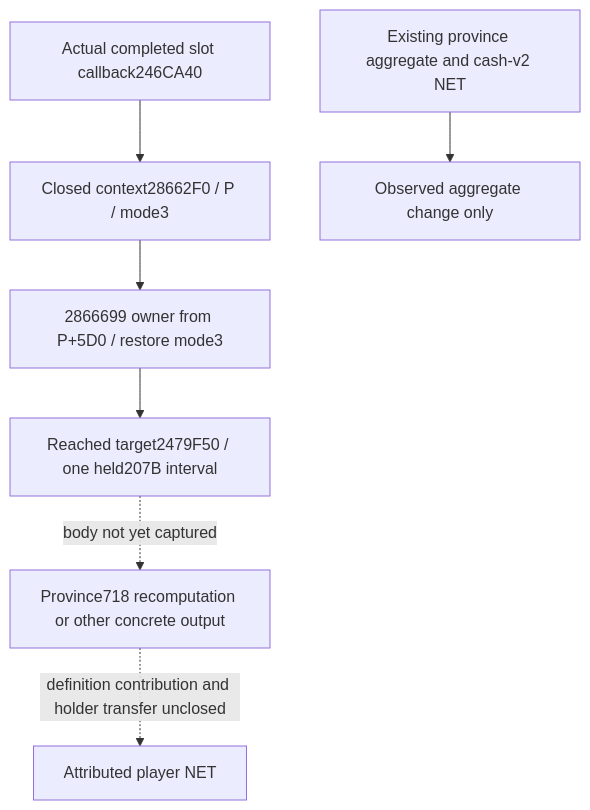
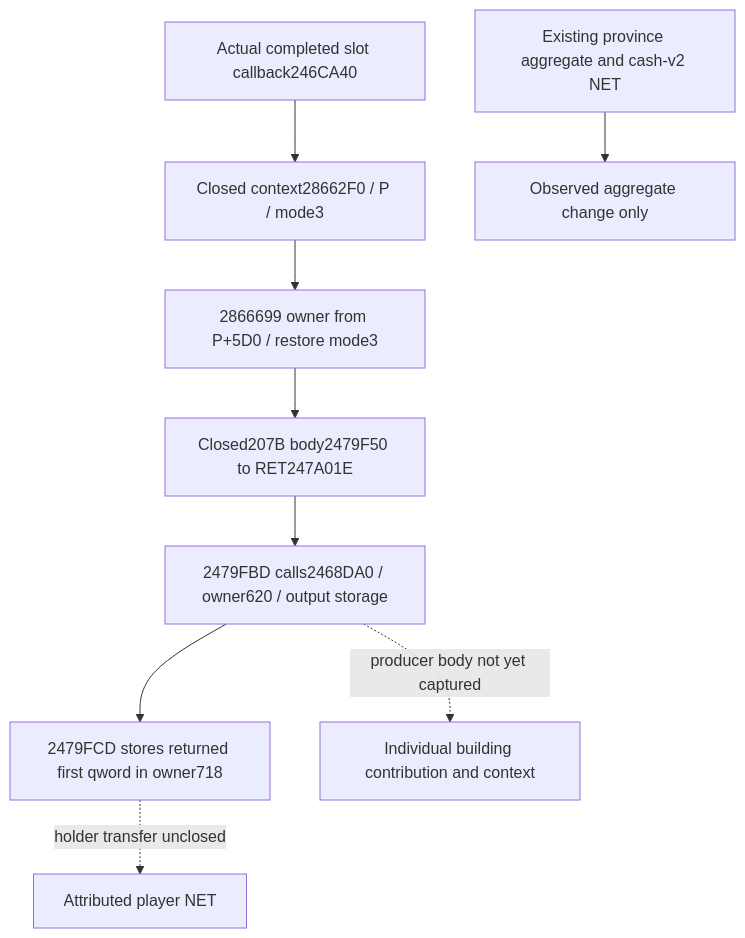
The diagram in docs/ck3-native-ai/construction-benefit-owner-mode3-inputs-12004.md (XenoAmess/ck3_eternal_recurrence), drawn with Mermaid before and after one commit. The commit also changed other lines of this file, not shown here.

````diff
--- a/docs/ck3-native-ai/construction-benefit-owner-mode3-inputs-12004.md
+++ b/docs/ck3-native-ai/construction-benefit-owner-mode3-inputs-12004.md
@@ -81,9 +81,11 @@
 ```mermaid
 flowchart TD
     C[Actual completed slot callback246CA40] --> P[Closed context28662F0 / P / mode3]
     P --> X[2866699 owner from P+5D0 / restore mode3]
-    X --> T[Reached target2479F50 / one held207B interval]
-    T -. body not yet captured .-> V[Province718 recomputation or other concrete output]
-    V -. definition contribution and holder transfer unclosed .-> N[Attributed player NET]
+    X --> T[Closed207B body2479F50 to RET247A01E]
+    T --> S[2479FBD calls2468DA0 / owner620 / output storage]
+    S --> V[2479FCD stores returned first qword in owner718]
+    S -. producer body not yet captured .-> D[Individual building contribution and context]
+    V -. holder transfer unclosed .-> N[Attributed player NET]
     A[Existing province aggregate and cash-v2 NET] --> O[Observed aggregate change only]
 ```
````
